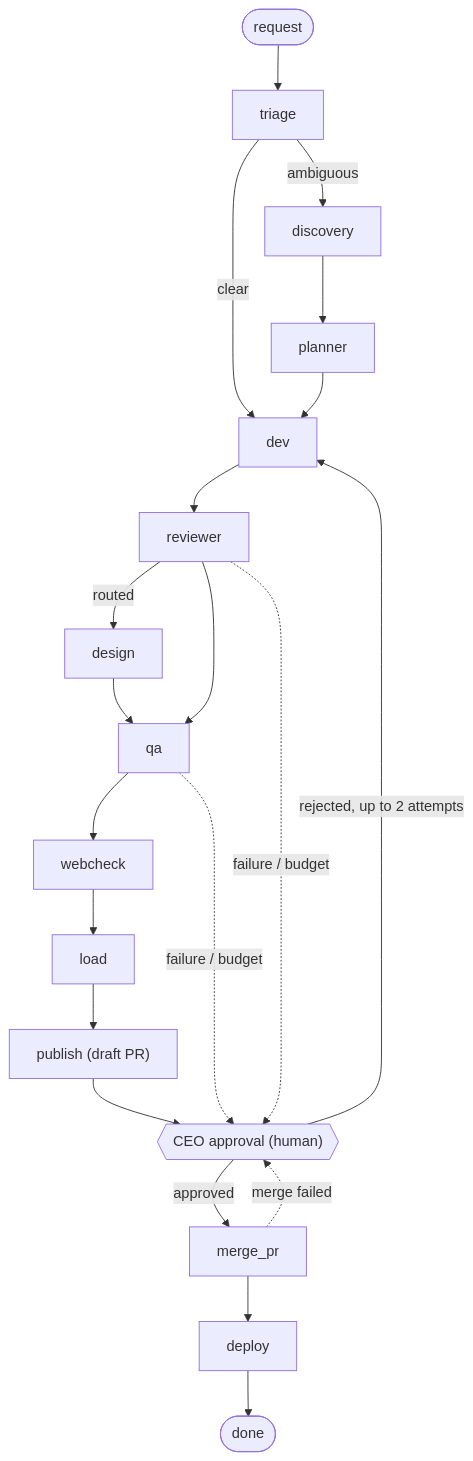
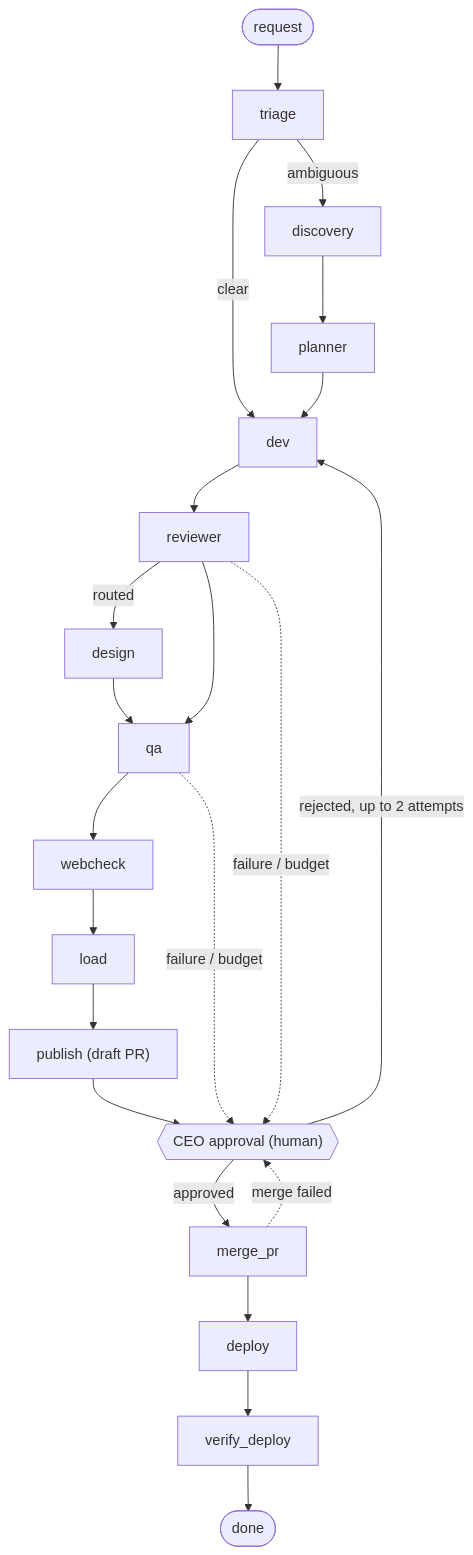
Before and after one commit to venturelli-91/agent-softhouse-orchestrator: the diagram in README.md, drawn with Mermaid. The commit also changed 6 other files, not shown here.

Commit message:
fix(graph): ajustes da revisão final do verify_deploy

````diff
--- a/README.md
+++ b/README.md
@@ -17,23 +17,24 @@
 ```mermaid
 flowchart TD
     S([request]) --> triage
     triage -->|clear| dev
     triage -->|ambiguous| discovery
     discovery --> planner
     planner --> dev
     dev --> reviewer
     reviewer -->|routed| design
     reviewer --> qa
     design --> qa
     qa --> webcheck
     webcheck --> load
     load --> publish["publish (draft PR)"]
     publish --> gate{{"CEO approval (human)"}}
     reviewer -.->|failure / budget| gate
     qa -.->|failure / budget| gate
     gate -->|rejected, up to 2 attempts| dev
     gate -->|approved| merge_pr
     merge_pr --> deploy
-    deploy --> E([done])
+    deploy --> verify_deploy
+    verify_deploy --> E([done])
     merge_pr -.->|merge failed| gate
 ```
````
